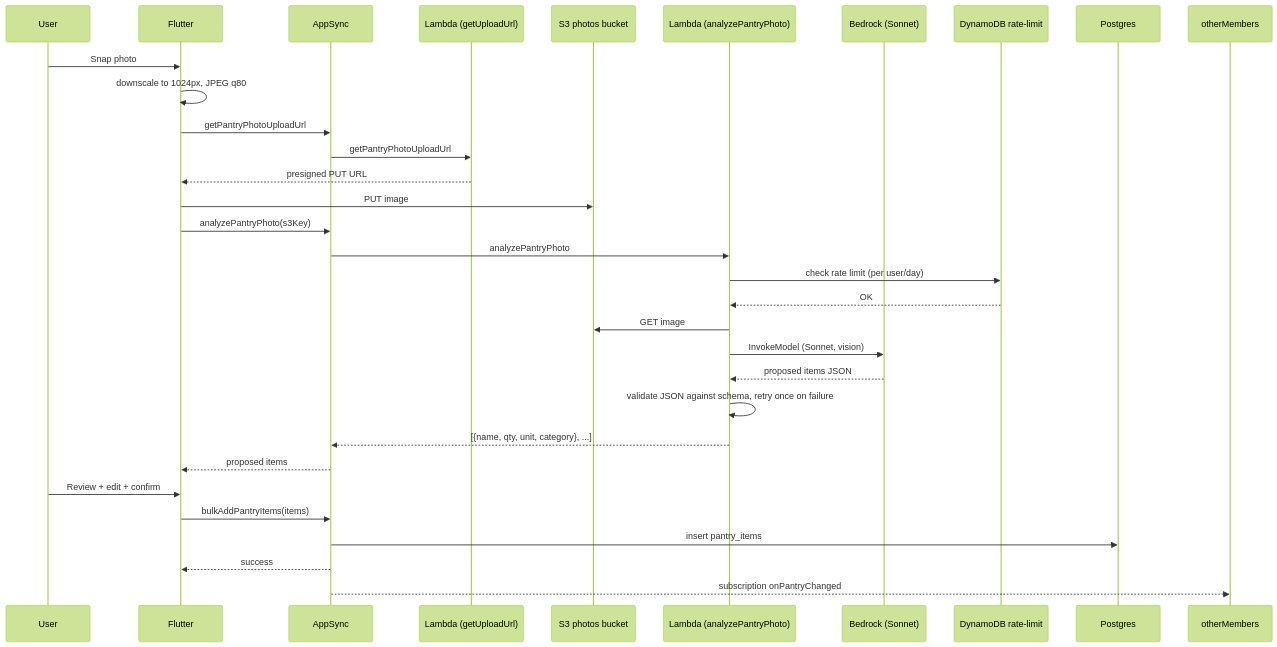
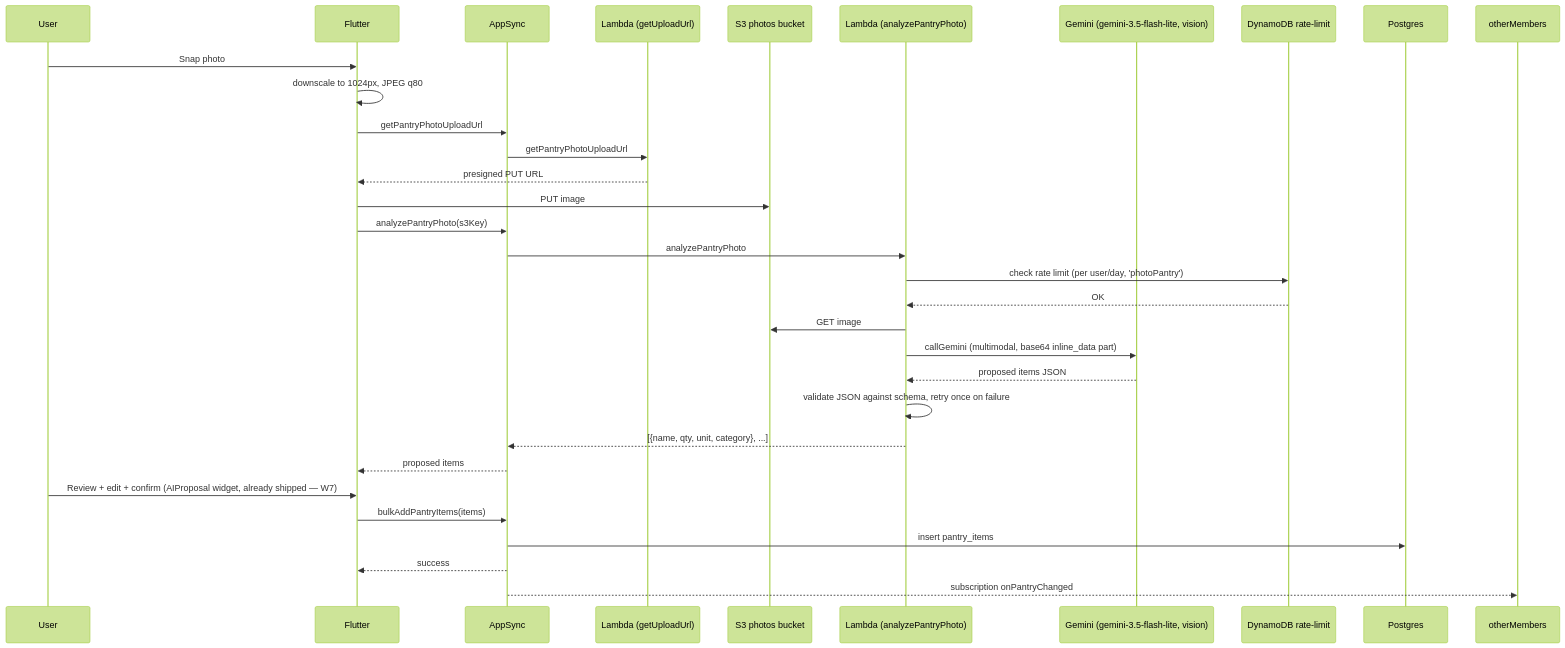
One commit to parimaanapp/parimaan changed the fifth of 8 diagrams in docs/SYSTEM_DESIGN.md. Above: the diagram before and after it, drawn with Mermaid (forest theme). The commit also changed other lines of this file and 25 other files, not shown here.

First line of the commit message:
feat: W19 S2 vision spike result, capture guidance, Gemini temperature fix, W20 plan draft (#194)

````diff
--- a/docs/SYSTEM_DESIGN.md
+++ b/docs/SYSTEM_DESIGN.md
@@ -215,34 +217,34 @@
 ```mermaid
 sequenceDiagram
   participant U as User
   participant App as Flutter
   participant AS as AppSync
   participant L1 as Lambda (getUploadUrl)
   participant S3 as S3 photos bucket
   participant L2 as Lambda (analyzePantryPhoto)
-  participant BR as Bedrock (Sonnet)
+  participant GM as Gemini (gemini-3.5-flash-lite, vision)
   participant DDB as DynamoDB rate-limit
   participant DB as Postgres
 
   U->>App: Snap photo
   App->>App: downscale to 1024px, JPEG q80
   App->>AS: getPantryPhotoUploadUrl
   AS->>L1: getPantryPhotoUploadUrl
   L1-->>App: presigned PUT URL
   App->>S3: PUT image
   App->>AS: analyzePantryPhoto(s3Key)
   AS->>L2: analyzePantryPhoto
-  L2->>DDB: check rate limit (per user/day)
+  L2->>DDB: check rate limit (per user/day, 'photoPantry')
   DDB-->>L2: OK
   L2->>S3: GET image
-  L2->>BR: InvokeModel (Sonnet, vision)
-  BR-->>L2: proposed items JSON
+  L2->>GM: callGemini (multimodal, base64 inline_data part)
+  GM-->>L2: proposed items JSON
   L2->>L2: validate JSON against schema, retry once on failure
   L2-->>AS: [{name, qty, unit, category}, ...]
   AS-->>App: proposed items
-  U->>App: Review + edit + confirm
+  U->>App: Review + edit + confirm (AIProposal widget, already shipped — W7)
   App->>AS: bulkAddPantryItems(items)
   AS->>DB: insert pantry_items
   AS-->>App: success
   AS-->>otherMembers: subscription onPantryChanged
 ```
````
